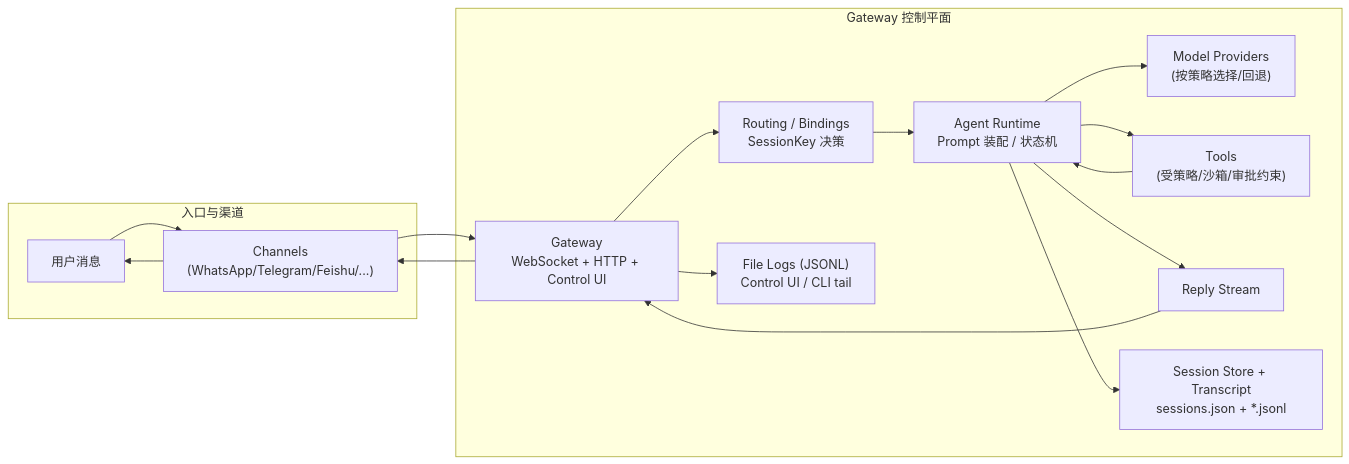
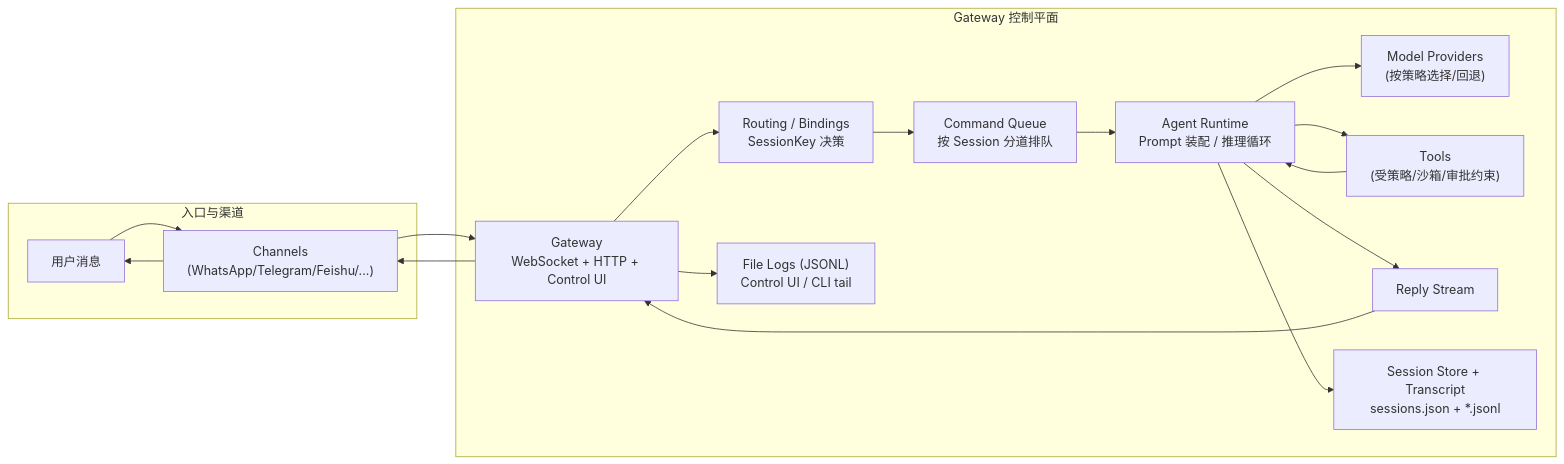
Before and after one commit to yeasy/openclaw_guide: the second of 2 diagrams in 10_agent_loop/10.1_request_lifecycle.md, drawn with Mermaid. The commit also changed other lines of this file and 11 other files, not shown here.

````diff
--- a/10_agent_loop/10.1_request_lifecycle.md
+++ b/10_agent_loop/10.1_request_lifecycle.md
@@ -73,20 +71,21 @@
 ```mermaid
 flowchart LR
   subgraph Inbound["入口与渠道"]
     U["用户消息"] --> CH["Channels<br/>(WhatsApp/Telegram/Feishu/...)"]
   end
 
   subgraph GatewayProcess["Gateway 控制平面"]
     CH --> GW["Gateway<br/>WebSocket + HTTP + Control UI"]
     GW --> ROUTE["Routing / Bindings<br/>SessionKey 决策"]
-    ROUTE --> RUN["Agent Runtime<br/>Prompt 装配 / 状态机"]
+    ROUTE --> QUEUE["Command Queue<br/>按 Session 分道排队"]
+    QUEUE --> RUN["Agent Runtime<br/>Prompt 装配 / 推理循环"]
     RUN --> MODEL["Model Providers<br/>(按策略选择/回退)"]
     RUN --> TOOL["Tools<br/>(受策略/沙箱/审批约束)"]
     RUN --> OUT["Reply Stream"]
     RUN --> STORE["Session Store + Transcript<br/>sessions.json + *.jsonl"]
     GW --> LOGS["File Logs (JSONL)<br/>Control UI / CLI tail"]
   end
 
   OUT --> GW --> CH --> U
   TOOL --> RUN
 ```
````
